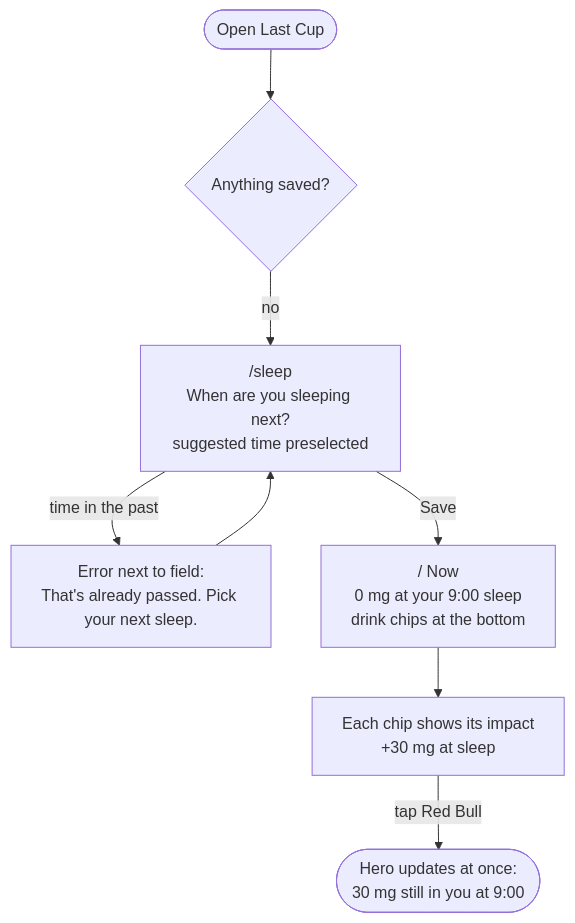
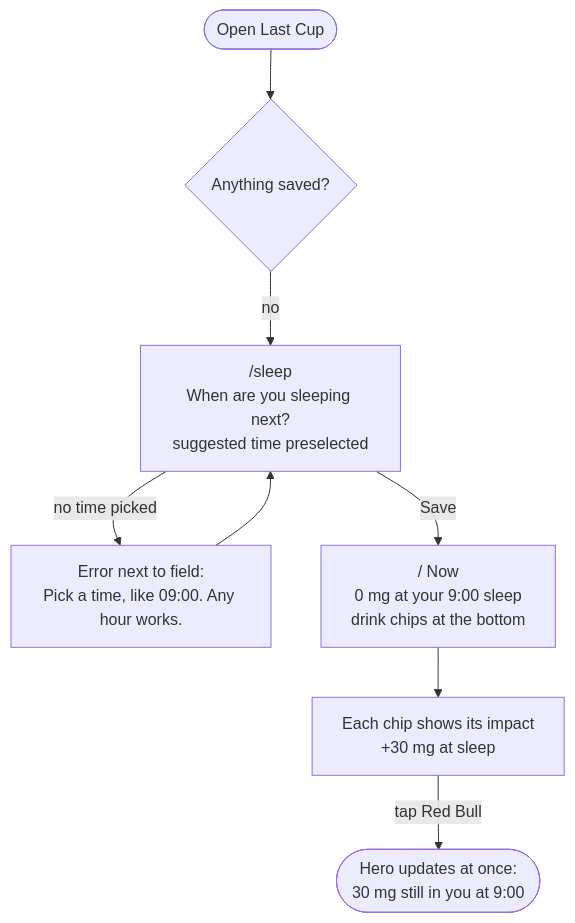
Before and after one commit to nocturnalvigilante/design_ship_build_homework_3: the first of 3 diagrams in README.md, drawn with Mermaid. The commit also changed other lines of this file and 2 other files, not shown here.

First line of the commit message:
log: custom drink form, errors next to each field saying what to do, input kept

````diff
--- a/README.md
+++ b/README.md
@@ -35,10 +35,10 @@
 ```mermaid
 flowchart TD
   A([Open Last Cup]) --> B{Anything saved?}
   B -- no --> C["/sleep<br/>When are you sleeping next?<br/>suggested time preselected"]
-  C -- time in the past --> E1["Error next to field:<br/>That's already passed. Pick your next sleep."]
+  C -- no time picked --> E1["Error next to field:<br/>Pick a time, like 09:00. Any hour works."]
   E1 --> C
   C -- Save --> D["/ Now<br/>0 mg at your 9:00 sleep<br/>drink chips at the bottom"]
   D --> F["Each chip shows its impact<br/>+30 mg at sleep"]
   F -- tap Red Bull --> G([Hero updates at once:<br/>30 mg still in you at 9:00])
 ```
````
